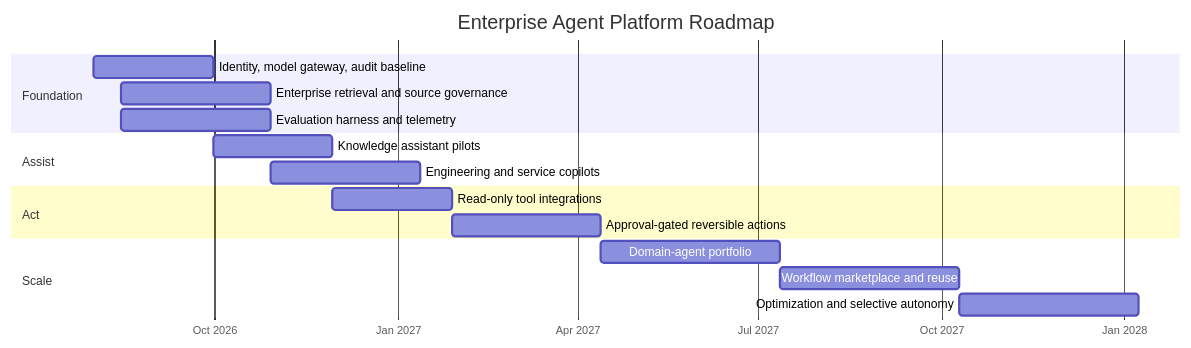
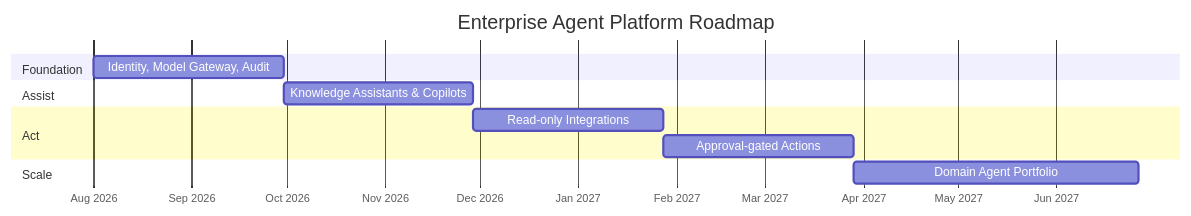
The fourth of 4 diagrams in jpmorgan_enterprise_ai_cto_brief.md (SawabS/temp), drawn with Mermaid before and after one commit. The commit also changed other lines of this file, not shown here.

````diff
--- a/jpmorgan_enterprise_ai_cto_brief.md
+++ b/jpmorgan_enterprise_ai_cto_brief.md
@@ -520,24 +122,16 @@
 ```mermaid
 gantt
     title Enterprise Agent Platform Roadmap
     dateFormat  YYYY-MM-DD
     axisFormat  %b %Y
 
     section Foundation
-    Identity, model gateway, audit baseline      :a1, 2026-08-01, 60d
-    Enterprise retrieval and source governance  :a2, 2026-08-15, 75d
-    Evaluation harness and telemetry             :a3, 2026-08-15, 75d
-
+    Identity, Model Gateway, Audit :a1, 2026-08-01, 60d
     section Assist
-    Knowledge assistant pilots                   :b1, after a1, 60d
-    Engineering and service copilots             :b2, after a2, 75d
-
+    Knowledge Assistants & Copilots :b1, after a1, 60d
     section Act
-    Read-only tool integrations                  :c1, after b1, 60d
-    Approval-gated reversible actions            :c2, after c1, 75d
-
+    Read-only Integrations :c1, after b1, 60d
+    Approval-gated Actions :c2, after c1, 60d
     section Scale
-    Domain-agent portfolio                       :d1, after c2, 90d
-    Workflow marketplace and reuse               :d2, after d1, 90d
-    Optimization and selective autonomy          :d3, after d2, 90d
+    Domain Agent Portfolio :d1, after c2, 90d
 ```
````
